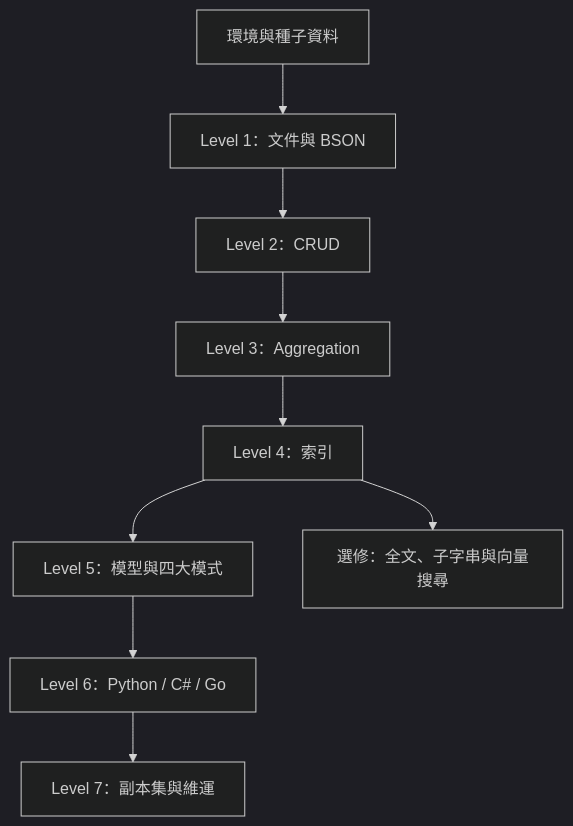
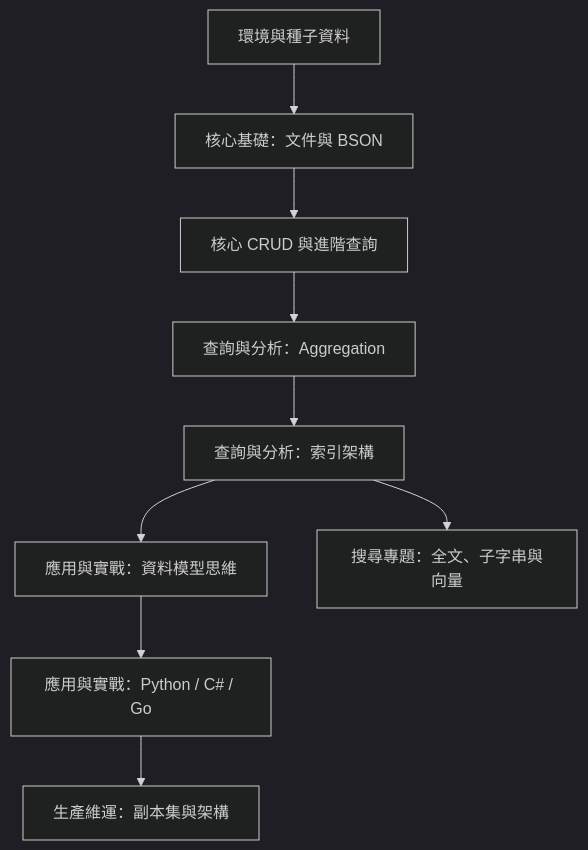
Before and after one commit to Vincent0218/mongo_learning: the diagram in docs/index.md, drawn with Mermaid (dark theme). The commit also changed other lines of this file and 11 other files, not shown here.

````diff
--- a/docs/index.md
+++ b/docs/index.md
@@ -7,11 +7,11 @@
 ```mermaid
 flowchart TD
-    Lab["環境與種子資料"] --> Basics["Level 1：文件與 BSON"]
-    Basics --> CRUD["Level 2：CRUD"]
-    CRUD --> Agg["Level 3：Aggregation"]
-    Agg --> Index["Level 4：索引"]
-    Index --> Model["Level 5：模型與四大模式"]
-    Model --> Languages["Level 6：Python / C# / Go"]
-    Languages --> Ops["Level 7：副本集與維運"]
-    Index --> Search["選修：全文、子字串與向量搜尋"]
+    Lab["環境與種子資料"] --> Basics["核心基礎：文件與 BSON"]
+    Basics --> CRUD["核心 CRUD 與進階查詢"]
+    CRUD --> Agg["查詢與分析：Aggregation"]
+    Agg --> Index["查詢與分析：索引架構"]
+    Index --> Model["應用與實戰：資料模型思維"]
+    Model --> Languages["應用與實戰：Python / C# / Go"]
+    Languages --> Ops["生產維運：副本集與架構"]
+    Index --> Search["搜尋專題：全文、子字串與向量"]
 ```
````
